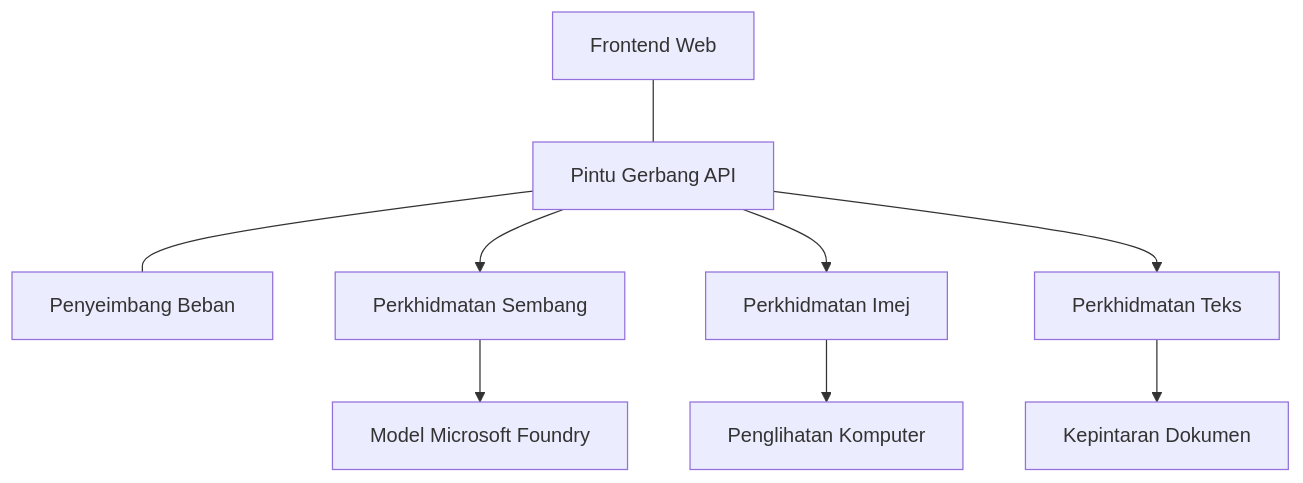
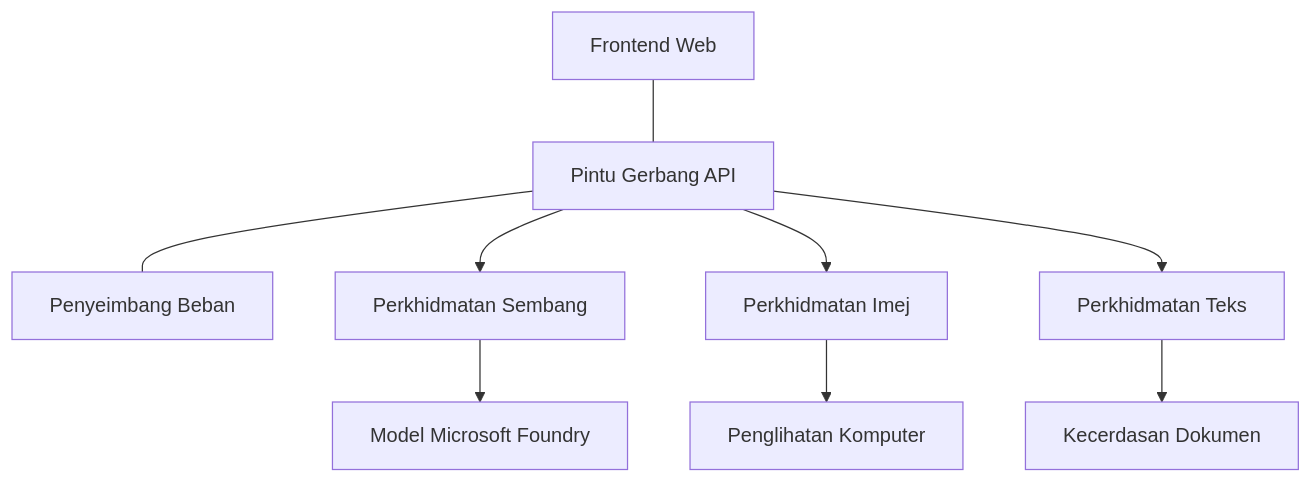
Before and after one commit to microsoft/AZD-for-beginners: the diagram in translations/ms/docs/chapter-08-production/production-ai-practices.md, drawn with Mermaid. The commit also changed other lines of this file and 101 other files, not shown here.

````diff
--- a/translations/ms/docs/chapter-08-production/production-ai-practices.md
+++ b/translations/ms/docs/chapter-08-production/production-ai-practices.md
@@ -30,10 +30,10 @@
 ```mermaid
 graph TD
     Frontend[Frontend Web] --- Gateway[Pintu Gerbang API] --- LB[Penyeimbang Beban]
     Gateway --> Chat[Perkhidmatan Sembang]
     Gateway --> Image[Perkhidmatan Imej]
     Gateway --> Text[Perkhidmatan Teks]
     Chat --> OpenAI[Model Microsoft Foundry]
     Image --> Vision[Penglihatan Komputer]
-    Text --> DocIntel[Kepintaran Dokumen]
-```
+    Text --> DocIntel[Kecerdasan Dokumen]
+```  
````
